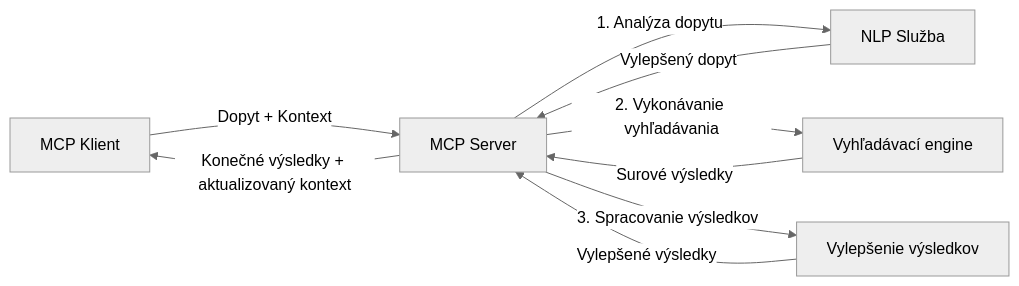
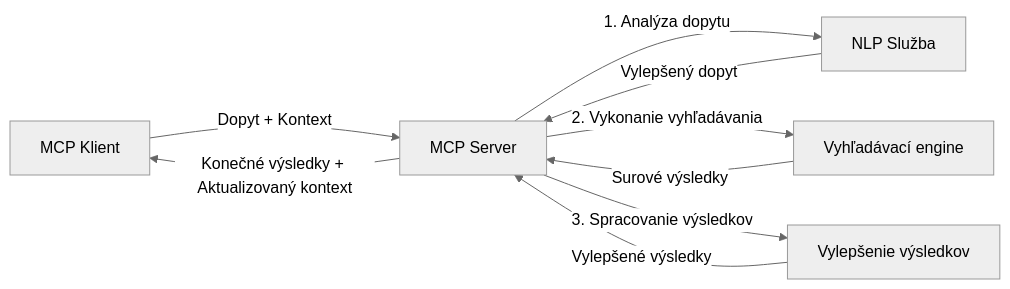
Before and after one commit to microsoft/mcp-for-beginners: the fourth of 4 diagrams in translations/sk/05-AdvancedTopics/mcp-realtimesearch/README.md, drawn with Mermaid (neutral theme). The commit also changed other lines of this file and 145 other files, not shown here.

````diff
--- a/translations/sk/05-AdvancedTopics/mcp-realtimesearch/README.md
+++ b/translations/sk/05-AdvancedTopics/mcp-realtimesearch/README.md
@@ -627,11 +628,11 @@
 ```mermaid
 graph LR
     Client[MCP Klient] --> |Dopyt + Kontext| Server[MCP Server]
     Server --> |1. Analýza dopytu| NLP[NLP Služba]
     NLP --> |Vylepšený dopyt| Server
-    Server --> |2. Vykonávanie vyhľadávania| Search[Vyhľadávací engine]
+    Server --> |2. Vykonanie vyhľadávania| Search[Vyhľadávací engine]
     Search --> |Surové výsledky| Server
     Server --> |3. Spracovanie výsledkov| Enhancement[Vylepšenie výsledkov]
     Enhancement --> |Vylepšené výsledky| Server
-    Server --> |Konečné výsledky + aktualizovaný kontext| Client
+    Server --> |Konečné výsledky + Aktualizovaný kontext| Client
 ```
````
